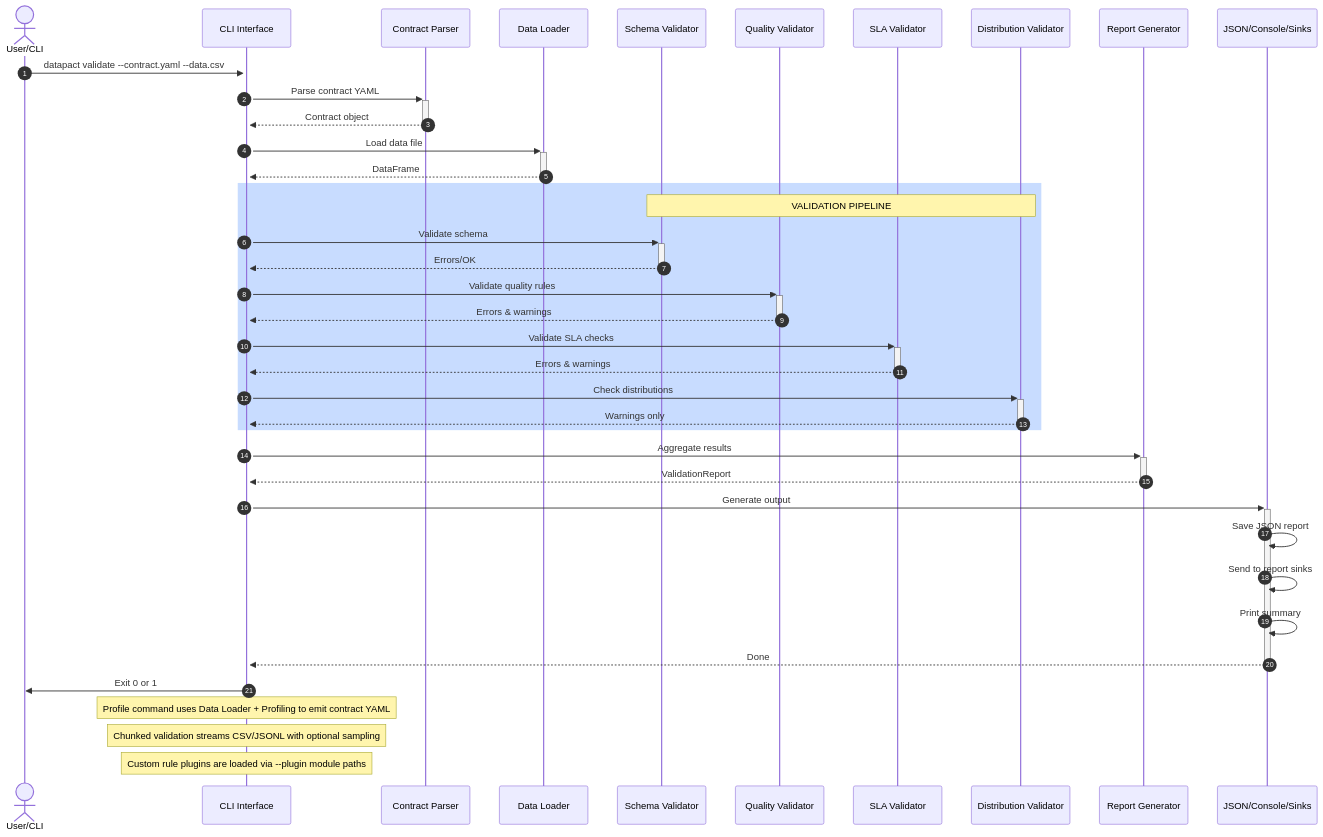
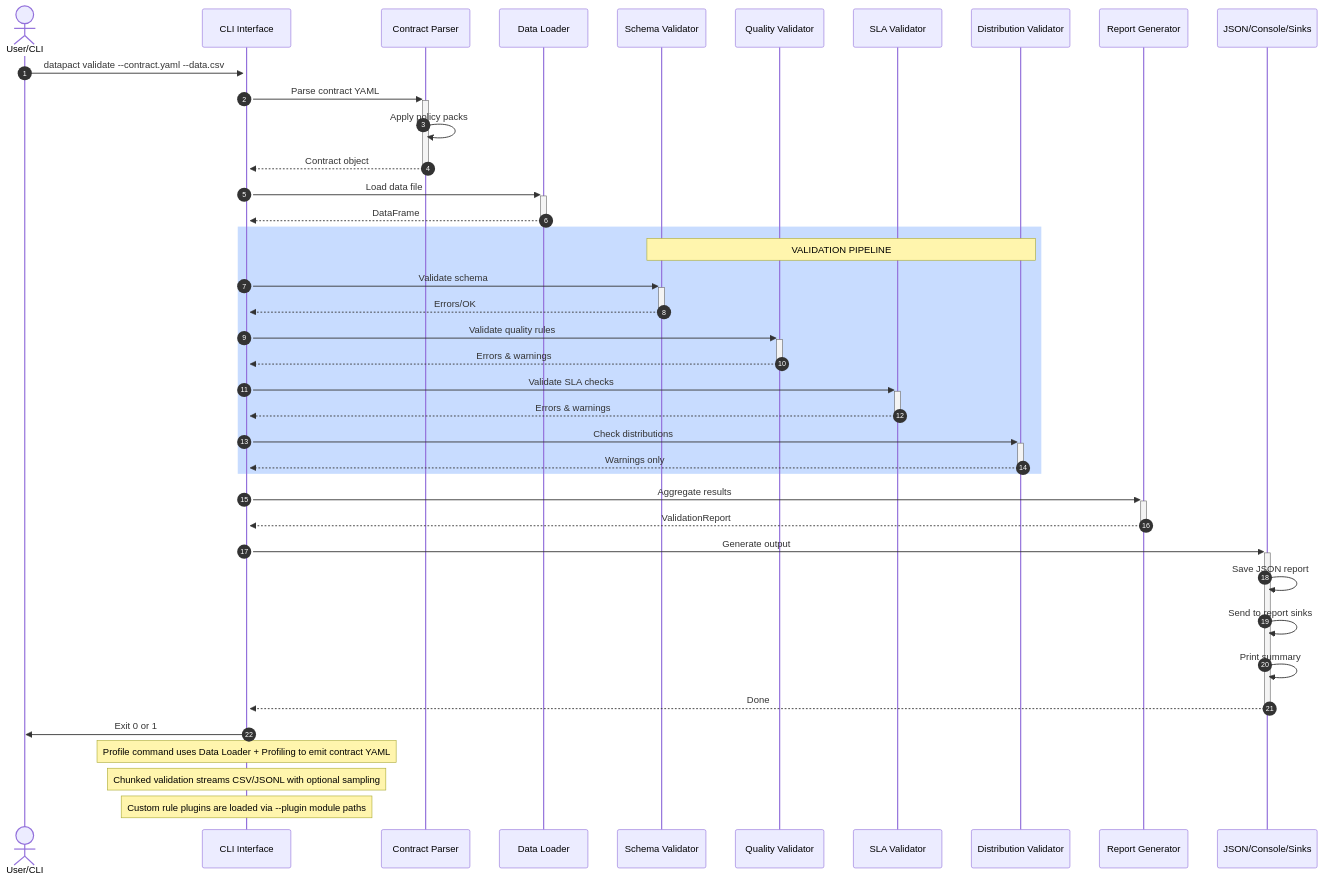
Before and after one commit to meetnishant/DataPact: the diagram in docs/sequenceDiagram.mmd, drawn with Mermaid. The commit also changed 21 other files, not shown here.

Commit message:
Add policy packs for reusable rules

```diff
--- a/docs/sequenceDiagram.mmd
+++ b/docs/sequenceDiagram.mmd
@@ -1,49 +1,50 @@
 sequenceDiagram
     autonumber
     actor User as User/CLI
     participant CLI as CLI Interface
     participant Parser as Contract Parser
     participant Loader as Data Loader
     participant Schema as Schema Validator
     participant Quality as Quality Validator
     participant SLA as SLA Validator
     participant Distribution as Distribution Validator
     participant Reporter as Report Generator
     participant Output as JSON/Console/Sinks
 
     User->>+CLI: datapact validate --contract.yaml --data.csv
     CLI->>+Parser: Parse contract YAML
+    Parser->>Parser: Apply policy packs
     Parser-->>-CLI: Contract object
     
     CLI->>+Loader: Load data file
     Loader-->>-CLI: DataFrame
     
     rect rgb(200, 220, 255)
     Note over Schema,Distribution: VALIDATION PIPELINE
     CLI->>+Schema: Validate schema
     Schema-->>-CLI: Errors/OK
     
     CLI->>+Quality: Validate quality rules
     Quality-->>-CLI: Errors & warnings
 
     CLI->>+SLA: Validate SLA checks
     SLA-->>-CLI: Errors & warnings
     
     CLI->>+Distribution: Check distributions
     Distribution-->>-CLI: Warnings only
     end
     
     CLI->>+Reporter: Aggregate results
     Reporter-->>-CLI: ValidationReport
     
     CLI->>+Output: Generate output
     Output->>Output: Save JSON report
     Output->>Output: Send to report sinks
     Output->>Output: Print summary
     Output-->>-CLI: Done
     
     CLI->>User: Exit 0 or 1
 
     Note over CLI: Profile command uses Data Loader + Profiling to emit contract YAML
     Note over CLI: Chunked validation streams CSV/JSONL with optional sampling
     Note over CLI: Custom rule plugins are loaded via --plugin module paths
```
